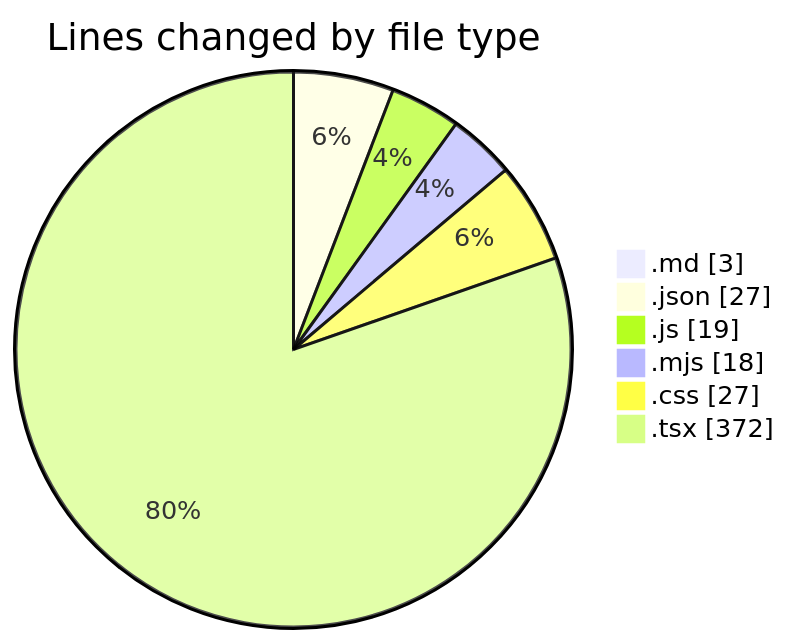
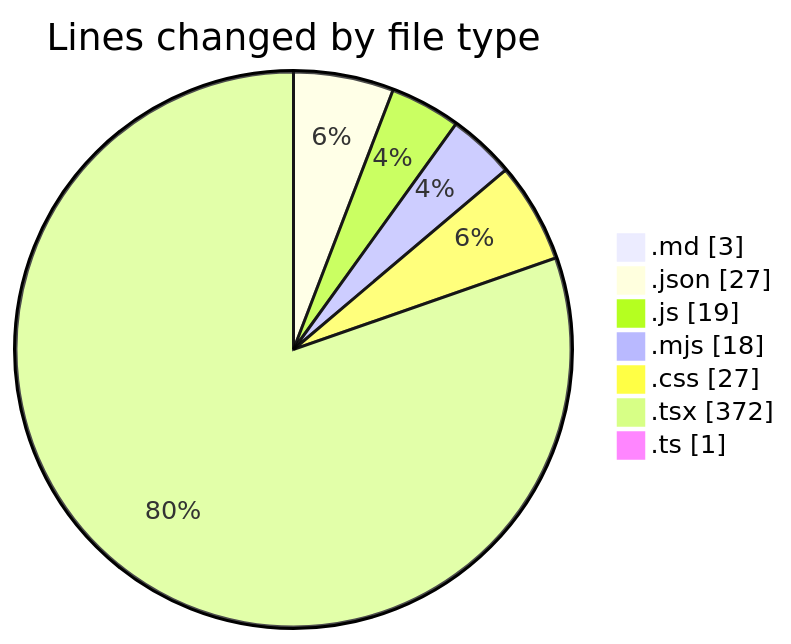
The first of 2 diagrams in 2025-06-18/scopesketch-app/README.md (Ritupan-Deka/code-tracking), drawn with Mermaid before and after one commit. The commit also changed other lines of this file and 1 other file, not shown here.

````diff
--- a/2025-06-18/scopesketch-app/README.md
+++ b/2025-06-18/scopesketch-app/README.md
@@ -26,10 +27,11 @@
 ```mermaid
 pie showData
 title Lines changed by file type
 ".md" : 3
 ".json" : 27
 ".js" : 19
 ".mjs" : 18
 ".css" : 27
 ".tsx" : 372
+".ts" : 1
 ```
````
